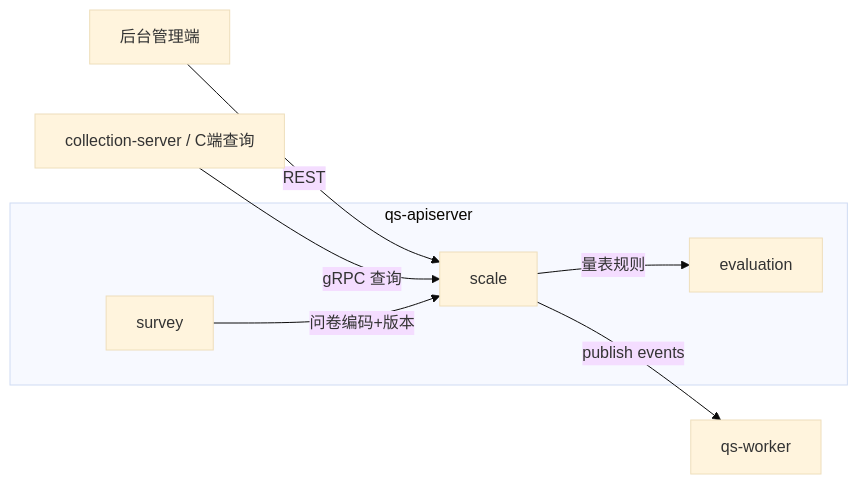
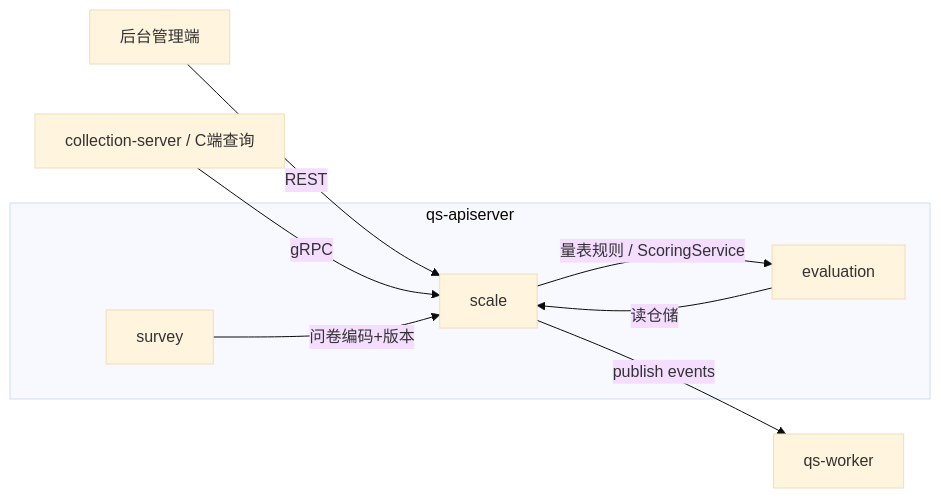
One commit to FangcunMount/qs-server changed the first of 4 diagrams in docs/02-业务模块/02-scale.md. Above: the diagram before and after it, drawn with Mermaid (base theme). The commit also changed other lines of this file and 34 other files, not shown here.

````diff
--- a/docs/02-业务模块/02-scale.md
+++ b/docs/02-业务模块/02-scale.md
@@ -44,18 +47,19 @@
 ```mermaid
 flowchart LR
     admin[后台管理端]
     client[collection-server / C端查询]
     worker[qs-worker]
 
     subgraph apiserver[qs-apiserver]
         survey[survey]
         scale[scale]
         evaluation[evaluation]
     end
 
     admin -->|REST| scale
-    client -->|gRPC 查询| scale
+    client -->|gRPC| scale
     survey -->|问卷编码+版本| scale
-    scale -->|量表规则| evaluation
+    scale -->|量表规则 / ScoringService| evaluation
+    evaluation -->|读仓储| scale
     scale -->|publish events| worker
 ```
````
